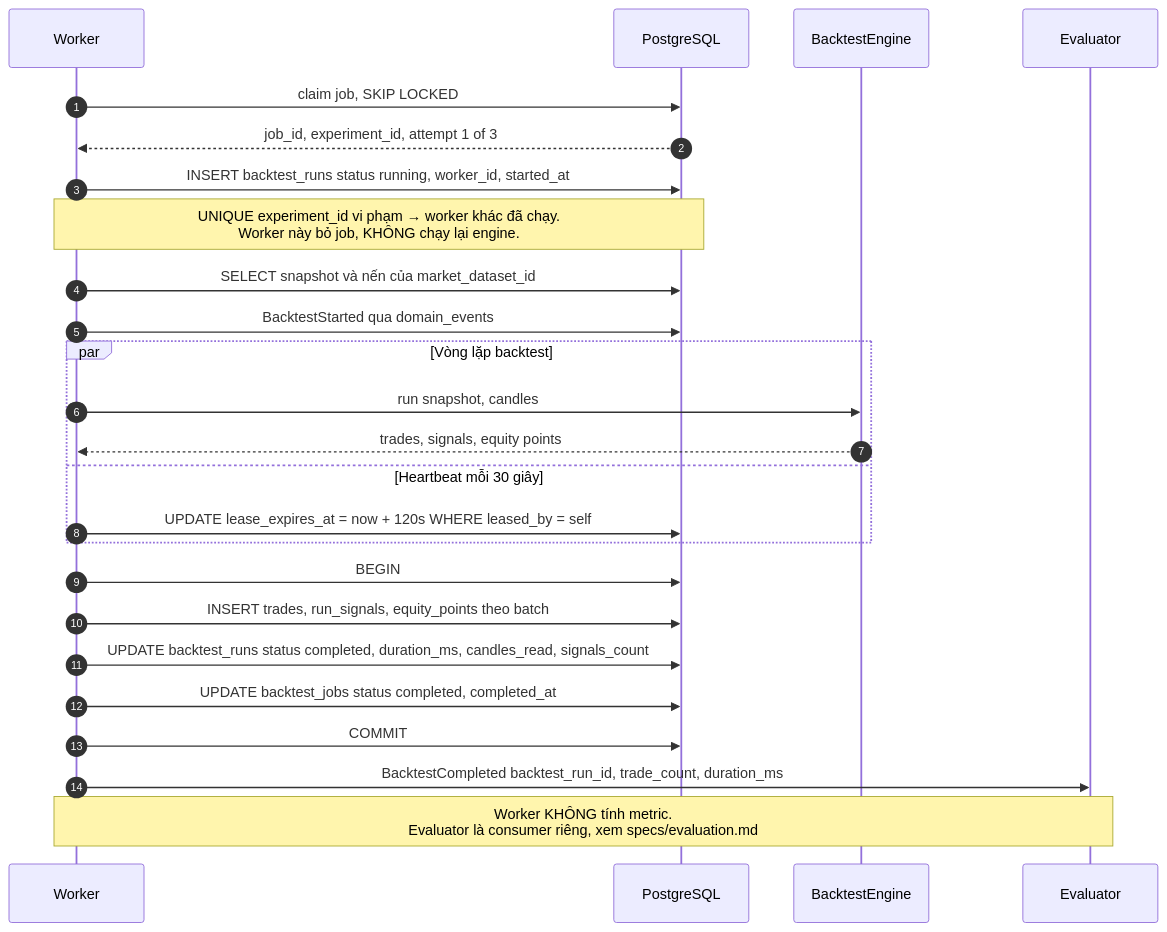
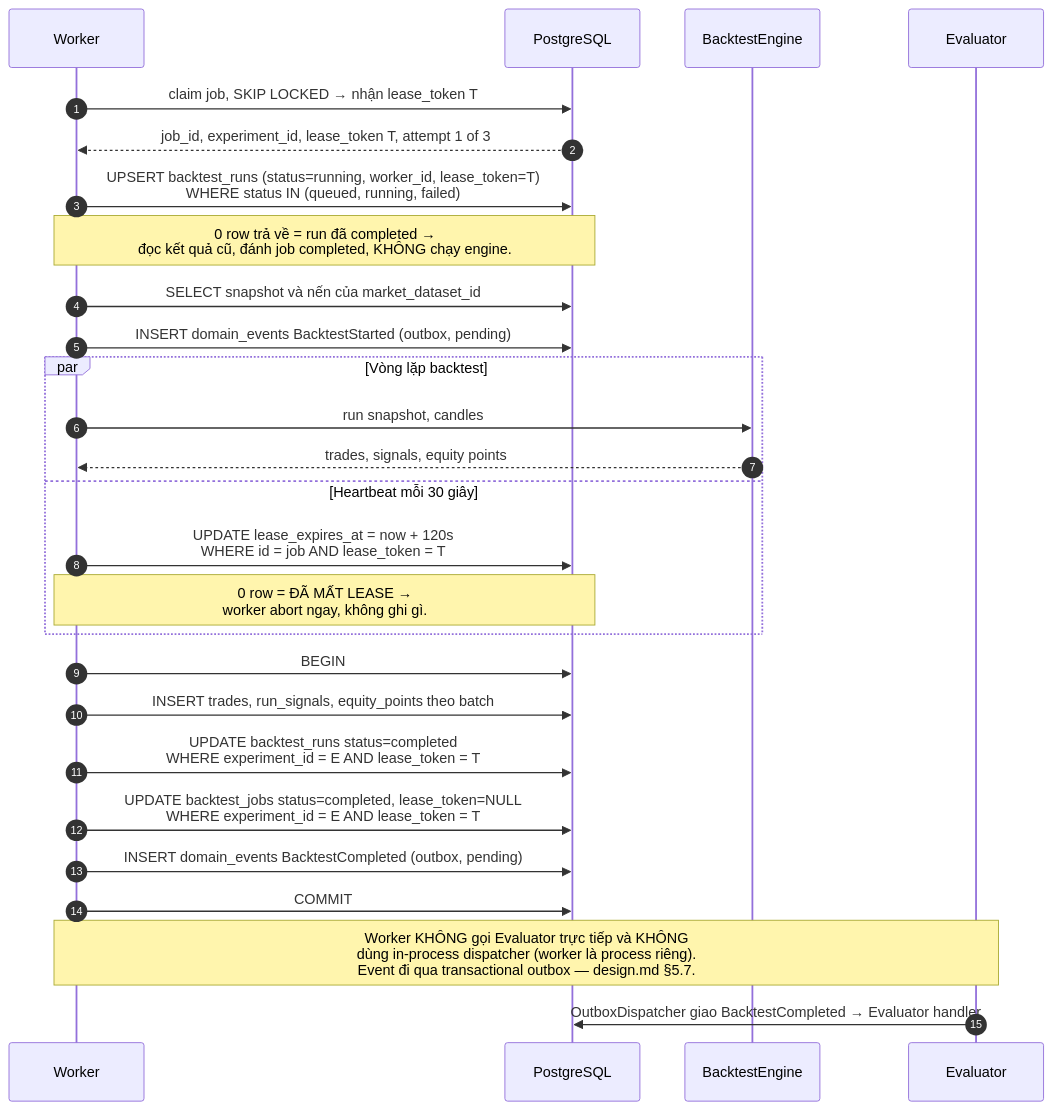
One commit to EnsoTech-Studio/CryptoBot changed the second of 4 diagrams in blueprint/specs/experiment.md. Above: the diagram before and after it, drawn with Mermaid. The commit also changed other lines of this file and 72 other files, not shown here.

First line of the commit message:
docs(blueprint): resolve architecture review findings

````diff
--- a/blueprint/specs/experiment.md
+++ b/blueprint/specs/experiment.md
@@ -184,28 +194,30 @@
 ```mermaid
 sequenceDiagram
     autonumber
     participant W as Worker
     participant DB as PostgreSQL
     participant ENG as BacktestEngine
     participant EVA as Evaluator
 
-    W->>DB: claim job, SKIP LOCKED
-    DB-->>W: job_id, experiment_id, attempt 1 of 3
-    W->>DB: INSERT backtest_runs status running, worker_id, started_at
-    Note over W,DB: UNIQUE experiment_id vi phạm → worker khác đã chạy.<br/>Worker này bỏ job, KHÔNG chạy lại engine.
+    W->>DB: claim job, SKIP LOCKED → nhận lease_token T
+    DB-->>W: job_id, experiment_id, lease_token T, attempt 1 of 3
+    W->>DB: UPSERT backtest_runs (status=running, worker_id, lease_token=T)<br/>WHERE status IN (queued, running, failed)
+    Note over W,DB: 0 row trả về = run đã completed →<br/>đọc kết quả cũ, đánh job completed, KHÔNG chạy engine.
     W->>DB: SELECT snapshot và nến của market_dataset_id
-    W->>DB: BacktestStarted qua domain_events
+    W->>DB: INSERT domain_events BacktestStarted (outbox, pending)
     par Vòng lặp backtest
         W->>ENG: run snapshot, candles
         ENG-->>W: trades, signals, equity points
     and Heartbeat mỗi 30 giây
-        W->>DB: UPDATE lease_expires_at = now + 120s WHERE leased_by = self
+        W->>DB: UPDATE lease_expires_at = now + 120s<br/>WHERE id = job AND lease_token = T
+        Note over W,DB: 0 row = ĐÃ MẤT LEASE →<br/>worker abort ngay, không ghi gì.
     end
     W->>DB: BEGIN
     W->>DB: INSERT trades, run_signals, equity_points theo batch
-    W->>DB: UPDATE backtest_runs status completed, duration_ms, candles_read, signals_count
-    W->>DB: UPDATE backtest_jobs status completed, completed_at
+    W->>DB: UPDATE backtest_runs status=completed<br/>WHERE experiment_id = E AND lease_token = T
+    W->>DB: UPDATE backtest_jobs status=completed, lease_token=NULL<br/>WHERE experiment_id = E AND lease_token = T
+    W->>DB: INSERT domain_events BacktestCompleted (outbox, pending)
     W->>DB: COMMIT
-    W->>EVA: BacktestCompleted backtest_run_id, trade_count, duration_ms
-    Note over W,EVA: Worker KHÔNG tính metric.<br/>Evaluator là consumer riêng, xem specs/evaluation.md
+    Note over W,EVA: Worker KHÔNG gọi Evaluator trực tiếp và KHÔNG<br/>dùng in-process dispatcher (worker là process riêng).<br/>Event đi qua transactional outbox — design.md §5.7.
+    EVA->>DB: OutboxDispatcher giao BacktestCompleted → Evaluator handler
 ```
````
